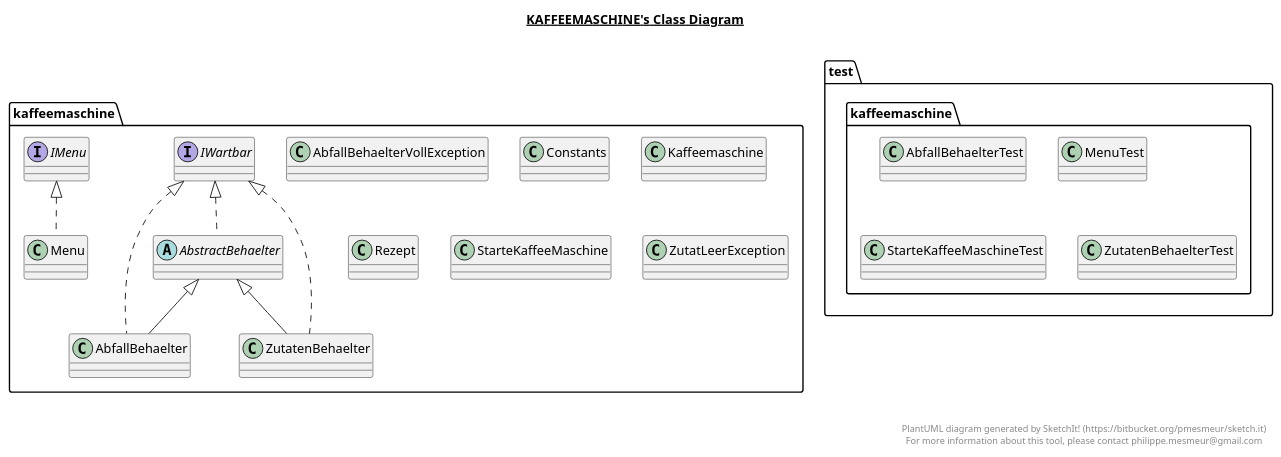
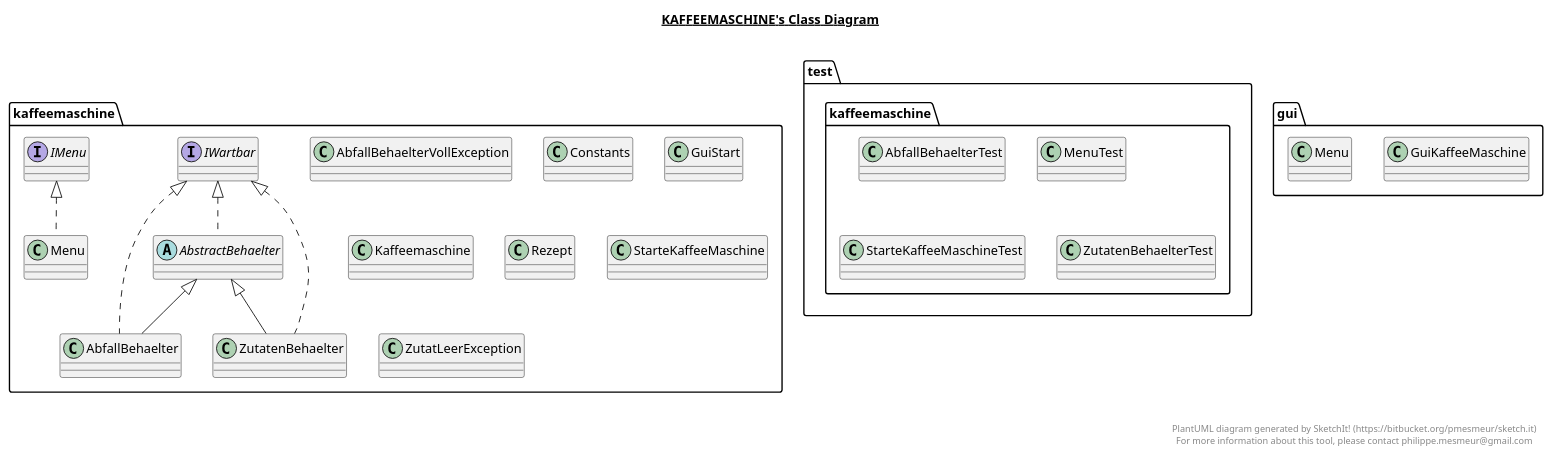
One commit to luzumi/KaffeeMaschine changed the diagram in KaffeeMaschine.plantuml. Above: the diagram before and after it, drawn with PlantUML. The commit also changed 23 other files, not shown here.

Commit message:
Kaffeemaschine Gui OverlayedLayout, Menu in kleinen teilen soll in Jpanel über Layer liegen

```diff
--- a/KaffeeMaschine.plantuml
+++ b/KaffeeMaschine.plantuml
@@ -1,116 +1,134 @@
 @startuml
 
 title __KAFFEEMASCHINE's Class Diagram__\n
+
+  namespace gui {
+    class gui.GuiKaffeeMaschine {
+    }
+  }
+  
+
+  namespace gui {
+    class gui.Menu {
+    }
+  }
+  
 
   namespace kaffeemaschine {
     class kaffeemaschine.AbfallBehaelter {
     }
   }
   
 
   namespace kaffeemaschine {
     class kaffeemaschine.AbfallBehaelterVollException {
     }
   }
   
 
   namespace kaffeemaschine {
     abstract class kaffeemaschine.AbstractBehaelter {
     }
   }
   
 
   namespace kaffeemaschine {
     class kaffeemaschine.Constants {
+    }
+  }
+  
+
+  namespace kaffeemaschine {
+    class kaffeemaschine.GuiStart {
     }
   }
   
 
   namespace kaffeemaschine {
     interface kaffeemaschine.IMenu {
     }
   }
   
 
   namespace kaffeemaschine {
     interface kaffeemaschine.IWartbar {
     }
   }
   
 
   namespace kaffeemaschine {
     class kaffeemaschine.Kaffeemaschine {
     }
   }
   
 
   namespace kaffeemaschine {
     class kaffeemaschine.Menu {
     }
   }
   
 
   namespace kaffeemaschine {
     class kaffeemaschine.Rezept {
     }
   }
   
 
   namespace kaffeemaschine {
     class kaffeemaschine.StarteKaffeeMaschine {
     }
   }
   
 
   namespace kaffeemaschine {
     class kaffeemaschine.ZutatLeerException {
     }
   }
   
 
   namespace kaffeemaschine {
     class kaffeemaschine.ZutatenBehaelter {
     }
   }
   
 
   namespace test.kaffeemaschine {
     class test.kaffeemaschine.AbfallBehaelterTest {
     }
   }
   
 
   namespace test.kaffeemaschine {
     class test.kaffeemaschine.MenuTest {
     }
   }
   
 
   namespace test.kaffeemaschine {
     class test.kaffeemaschine.StarteKaffeeMaschineTest {
     }
   }
   
 
   namespace test.kaffeemaschine {
     class test.kaffeemaschine.ZutatenBehaelterTest {
     }
   }
   
 
   kaffeemaschine.AbfallBehaelter .up.|> kaffeemaschine.IWartbar
   kaffeemaschine.AbfallBehaelter -up-|> kaffeemaschine.AbstractBehaelter
   kaffeemaschine.AbstractBehaelter .up.|> kaffeemaschine.IWartbar
   kaffeemaschine.Menu .up.|> kaffeemaschine.IMenu
   kaffeemaschine.ZutatenBehaelter .up.|> kaffeemaschine.IWartbar
   kaffeemaschine.ZutatenBehaelter -up-|> kaffeemaschine.AbstractBehaelter
 
 
 right footer
 
 
 PlantUML diagram generated by SketchIt! (https://bitbucket.org/pmesmeur/sketch.it)
 For more information about this tool, please contact philippe.mesmeur@gmail.com
 endfooter
 
 @enduml
```
